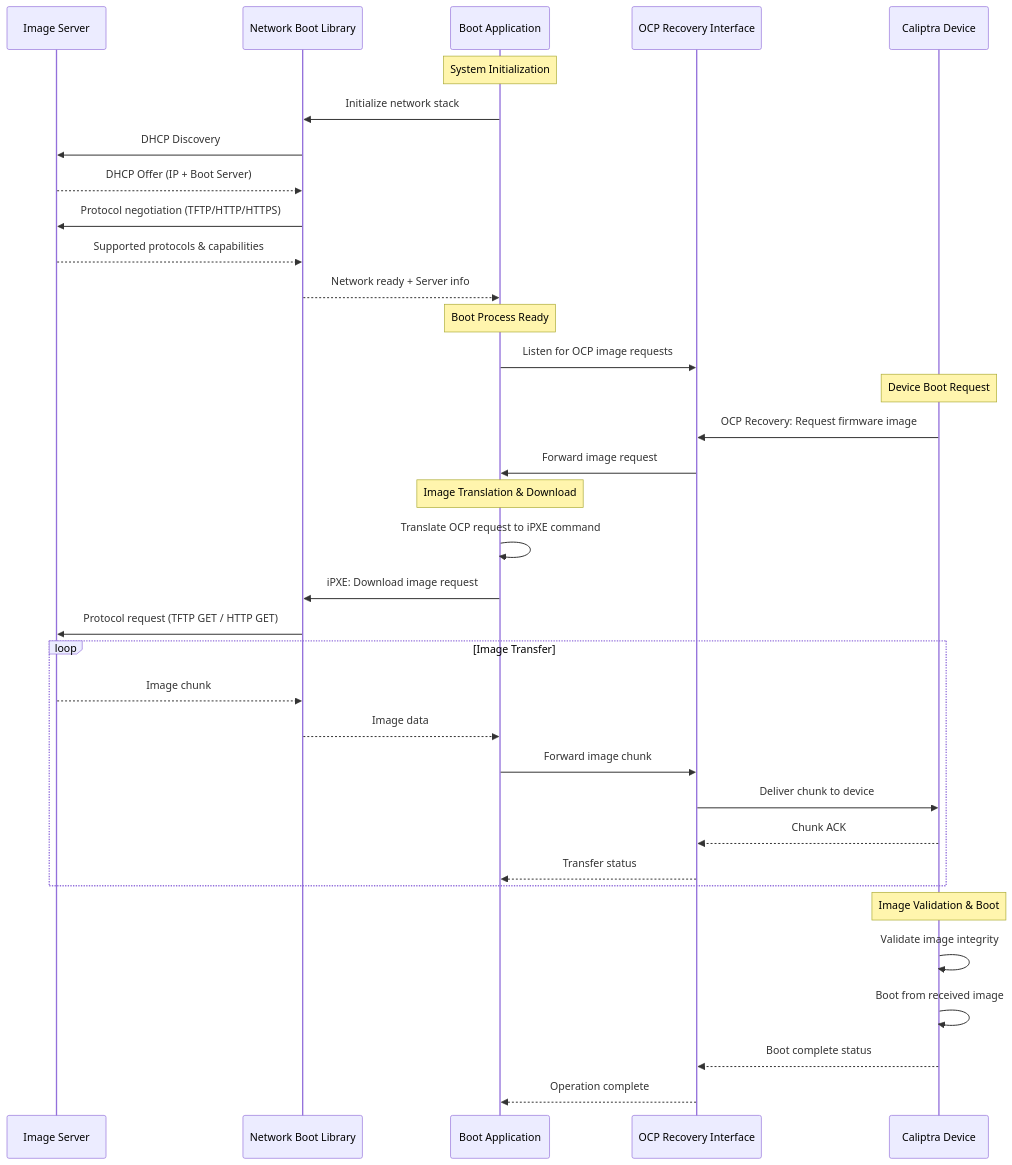
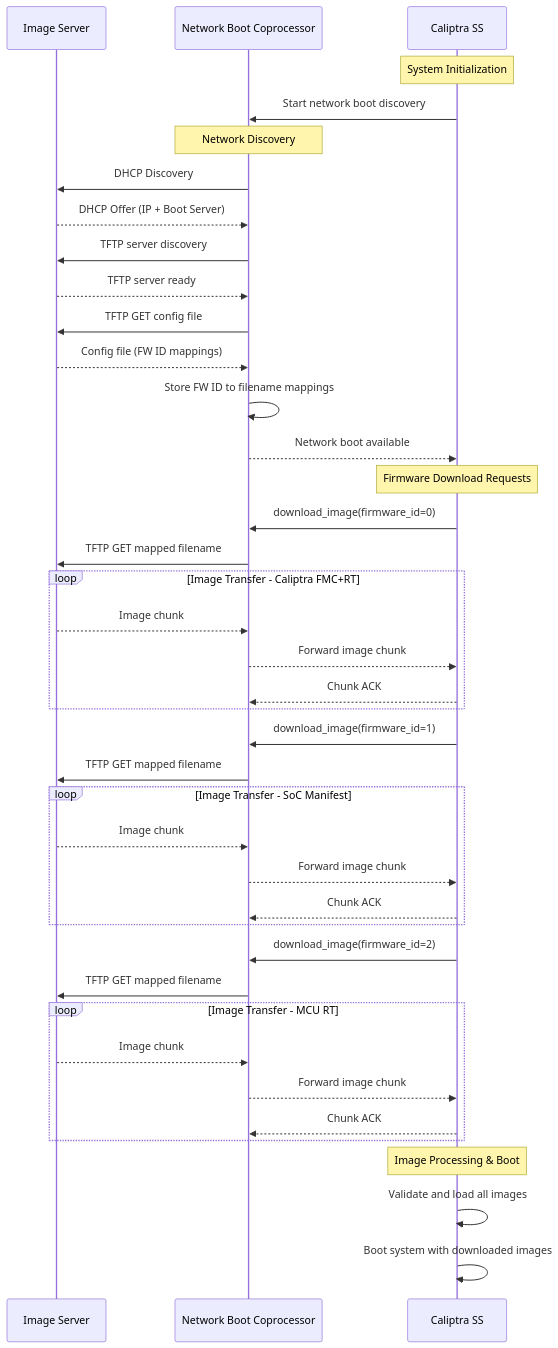
Before and after one commit to chipsalliance/caliptra-mcu-sw: the second of 2 diagrams in docs/src/network_boot.md, drawn with Mermaid. The commit also changed other lines of this file, not shown here.

````diff
--- a/docs/src/network_boot.md
+++ b/docs/src/network_boot.md
@@ -29,43 +25,48 @@
 ```mermaid
 sequenceDiagram
     participant IS as Image Server
-    participant NBL as Network Boot Library
-    participant BA as Boot Application
-    participant OCP as OCP Recovery Interface
-    participant CD as Caliptra Device
+    participant NBC as Network Boot Coprocessor
+    participant CS as Caliptra SS
 
-    Note over BA: System Initialization
-    BA->>NBL: Initialize network stack
-    NBL->>IS: DHCP Discovery
-    IS-->>NBL: DHCP Offer (IP + Boot Server)
-    NBL->>IS: Protocol negotiation (TFTP/HTTP/HTTPS)
-    IS-->>NBL: Supported protocols & capabilities
-    NBL-->>BA: Network ready + Server info
-
-    Note over BA: Boot Process Ready
-    BA->>OCP: Listen for OCP image requests
+    Note over CS: System Initialization
+    CS->>NBC: Start network boot discovery
     
-    Note over CD: Device Boot Request
-    CD->>OCP: OCP Recovery: Request firmware image
-    OCP->>BA: Forward image request
+    Note over NBC: Network Discovery
+    NBC->>IS: DHCP Discovery
+    IS-->>NBC: DHCP Offer (IP + Boot Server)
+    NBC->>IS: TFTP server discovery
+    IS-->>NBC: TFTP server ready
+    NBC->>IS: TFTP GET config file
+    IS-->>NBC: Config file (FW ID mappings)
+    NBC->>NBC: Store FW ID to filename mappings
+    NBC-->>CS: Network boot available
     
-    Note over BA: Image Translation & Download
-    BA->>BA: Translate OCP request to iPXE command
-    BA->>NBL: iPXE: Download image request
-    NBL->>IS: Protocol request (TFTP GET / HTTP GET)
-    
-    loop Image Transfer
-        IS-->>NBL: Image chunk
-        NBL-->>BA: Image data
-        BA->>OCP: Forward image chunk
-        OCP->>CD: Deliver chunk to device
-        CD-->>OCP: Chunk ACK
-        OCP-->>BA: Transfer status
+    Note over CS: Firmware Download Requests
+    CS->>NBC: download_image(firmware_id=0) # Caliptra FMC+RT
+    NBC->>IS: TFTP GET mapped filename
+    loop Image Transfer - Caliptra FMC+RT
+        IS-->>NBC: Image chunk
+        NBC-->>CS: Forward image chunk
+        CS-->>NBC: Chunk ACK
     end
     
-    Note over CD: Image Validation & Boot
-    CD->>CD: Validate image integrity
-    CD->>CD: Boot from received image
-    CD-->>OCP: Boot complete status
-    OCP-->>BA: Operation complete
+    CS->>NBC: download_image(firmware_id=1) # SoC Manifest
+    NBC->>IS: TFTP GET mapped filename
+    loop Image Transfer - SoC Manifest
+        IS-->>NBC: Image chunk
+        NBC-->>CS: Forward image chunk
+        CS-->>NBC: Chunk ACK
+    end
+    
+    CS->>NBC: download_image(firmware_id=2) # MCU RT Image
+    NBC->>IS: TFTP GET mapped filename
+    loop Image Transfer - MCU RT
+        IS-->>NBC: Image chunk
+        NBC-->>CS: Forward image chunk
+        CS-->>NBC: Chunk ACK
+    end
+    
+    Note over CS: Image Processing & Boot
+    CS->>CS: Validate and load all images
+    CS->>CS: Boot system with downloaded images
 ```
````
